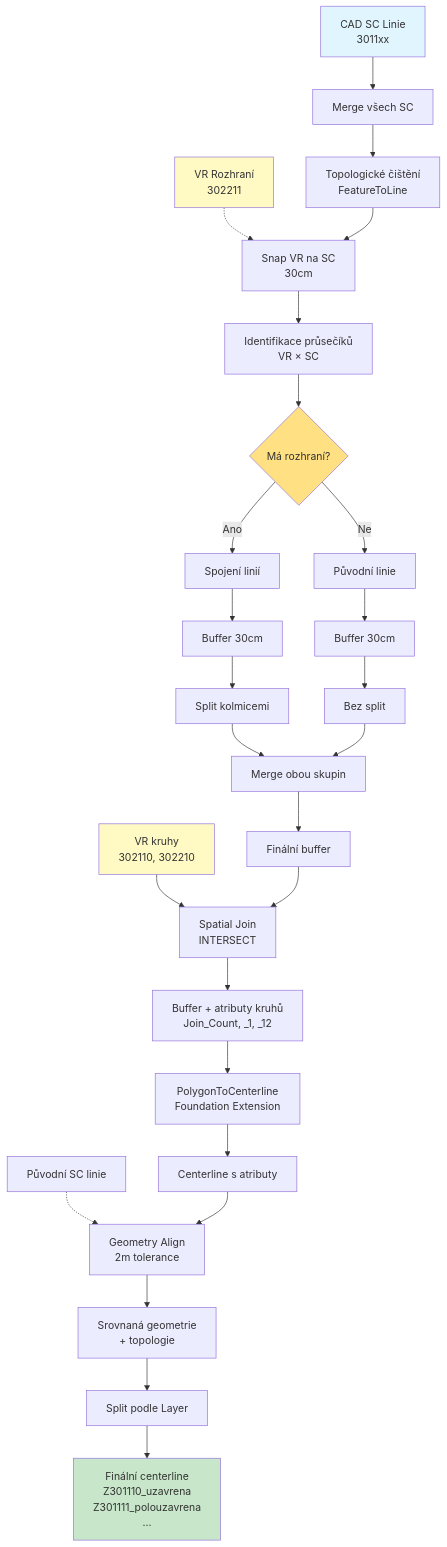
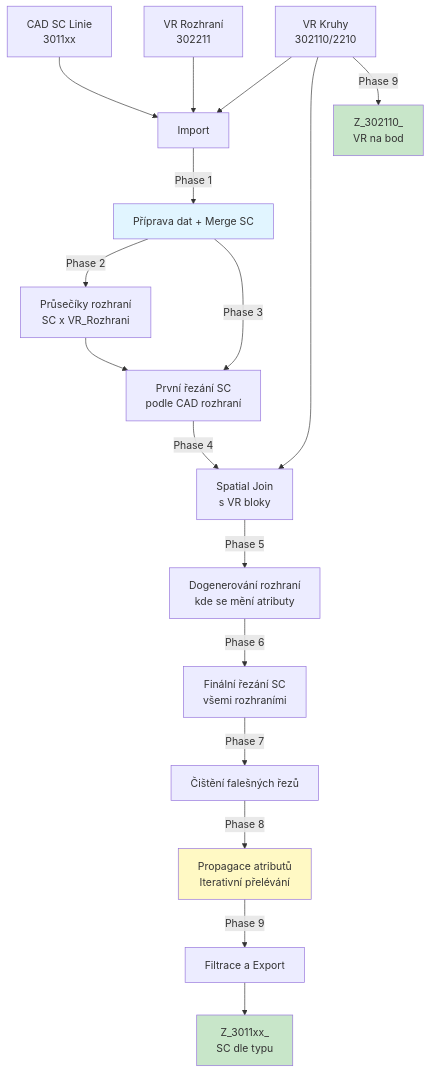
The second of 2 diagrams in README.md (adamekcerv/Prevodnik_CAD_GIS_MADASPRU), drawn with Mermaid before and after one commit. The commit also changed other lines of this file, not shown here.

````diff
--- a/README.md
+++ b/README.md
@@ -86,49 +85,33 @@
 ```mermaid
 flowchart TD
-    A[CAD SC Linie<br/>3011xx] --> B[Merge všech SC]
-    B --> C[Topologické čištění<br/>FeatureToLine]
+    CAD_SC[CAD SC Linie<br/>3011xx] --> Import
+    CAD_VR_Bod[VR Kruhy<br/>302110/2210] --> Import
+    CAD_VR_Rozhrani[VR Rozhraní<br/>302211] --> Import
+
+    Import --> |Phase 1| Prep[Příprava dat + Merge SC]
+    Prep --> |Phase 2| Rozhrani_Points[Průsečíky rozhraní<br/>SC x VR_Rozhrani]
     
-    D[VR Rozhraní<br/>302211] -.-> E[Snap VR na SC<br/>30cm]
-    C --> E
-    E --> F[Identifikace průsečíků<br/>VR × SC]
+    Prep --> |Phase 3| Split1[První řezání SC<br/>podle CAD rozhraní]
+    Rozhrani_Points --> Split1
     
-    F --> G{Má rozhraní?}
+    Split1 --> |Phase 4| SJ1[Spatial Join<br/>s VR bloky]
+    CAD_VR_Bod --> SJ1
     
-    G -->|Ano| H[Spojení linií]
-    G -->|Ne| I[Původní linie]
+    SJ1 --> |Phase 5| Gen_Rozhrani[Dogenerování rozhraní<br/>kde se mění atributy]
     
-    H --> J[Buffer 30cm]
-    I --> K[Buffer 30cm]
+    Gen_Rozhrani --> |Phase 6| Split2[Finální řezání SC<br/>všemi rozhraními]
     
-    J --> L[Split kolmicemi]
-    K --> M[Bez split]
+    Split2 --> |Phase 7| Clean[Čištění falešných řezů]
     
-    L --> N[Merge obou skupin]
-    M --> N
+    Clean --> |Phase 8| Propagate[Propagace atributů<br/>Iterativní přelévání]
     
-    N --> O[Finální buffer]
+    Propagate --> |Phase 9| Filter[Filtrace a Export]
     
-    P[VR kruhy<br/>302110, 302210] --> Q[Spatial Join<br/>INTERSECT]
-    O --> Q
+    Filter --> Out_SC[Z_3011xx_<br/>SC dle typu]
+    CAD_VR_Bod --> |Phase 9| Out_VR[Z_302110_<br/>VR na bod]
     
-    Q --> R[Buffer + atributy kruhů<br/>Join_Count, _1, _12]
-    
-    R --> S[PolygonToCenterline<br/>Foundation Extension]
-    
-    S --> T[Centerline s atributy]
-    
-    U[Původní SC linie] -.-> V[Geometry Align<br/>2m tolerance]
-    T --> V
-    
-    V --> W[Srovnaná geometrie<br/>+ topologie]
-    
-    W --> X[Split podle Layer]
-    
-    X --> Y[Finální centerline<br/>Z301110_uzavrena<br/>Z301111_polouzavrena<br/>...]
-    
-    style A fill:#e1f5ff
-    style D fill:#fff9c4
-    style P fill:#fff9c4
-    style Y fill:#c8e6c9
-    style G fill:#ffe082
+    style Prep fill:#e1f5ff
+    style Propagate fill:#fff9c4
+    style Out_SC fill:#c8e6c9
+    style Out_VR fill:#c8e6c9
 ```
````
